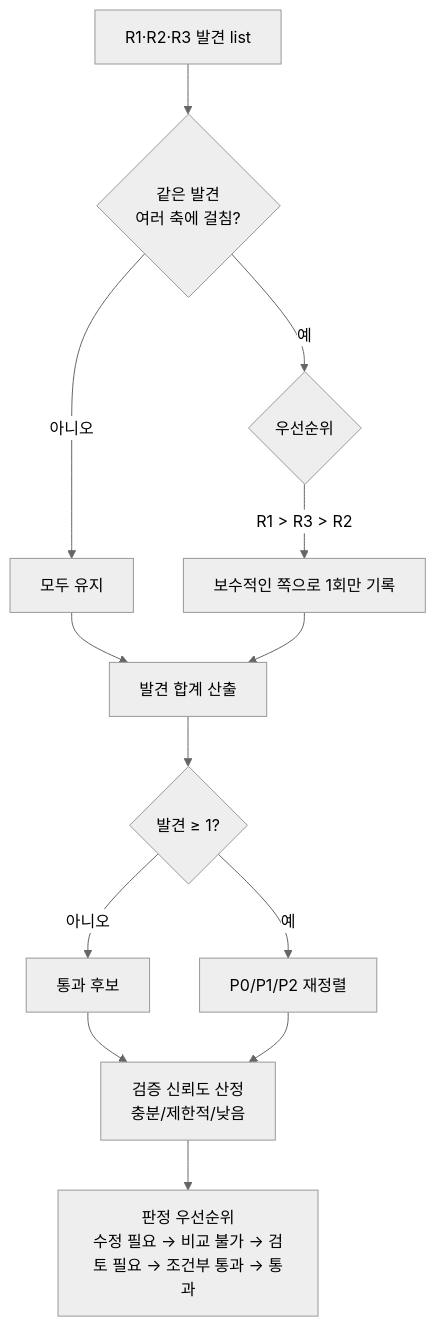
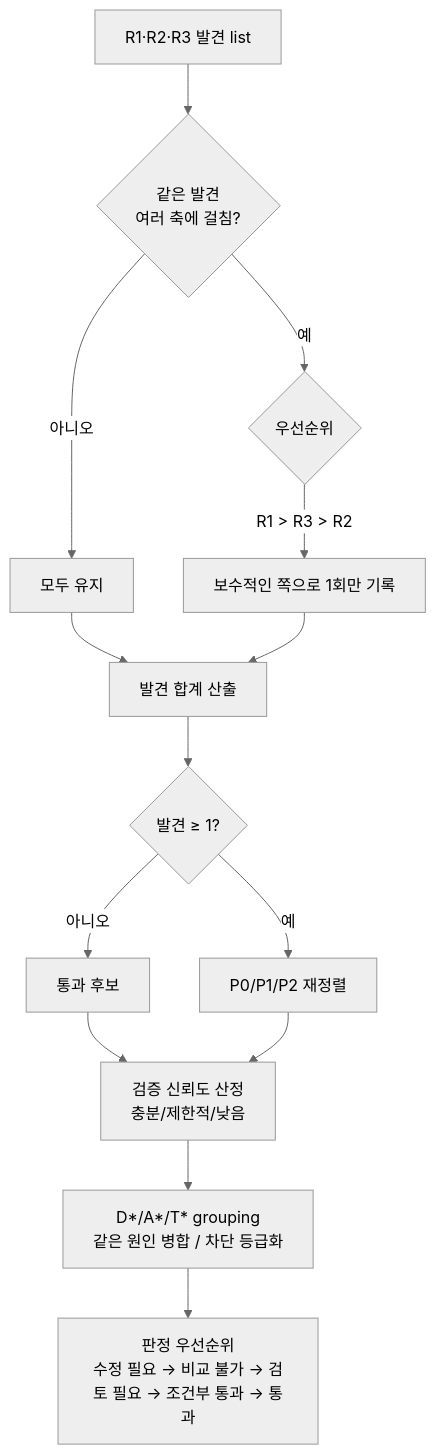
One commit to inkwonjung-colosseum/plugins changed the fifth of 8 diagrams in planning-kit/docs/planning-review-workflow.md. Above: the diagram before and after it, drawn with Mermaid (neutral theme). The commit also changed other lines of this file and 33 other files, not shown here.

````diff
--- a/planning-kit/docs/planning-review-workflow.md
+++ b/planning-kit/docs/planning-review-workflow.md
@@ -150,16 +150,17 @@
 ```mermaid
 flowchart TD
   ALL[R1·R2·R3 발견 list] --> DUP{같은 발견<br/>여러 축에 걸침?}
   DUP -->|예| PR{우선순위}
   DUP -->|아니오| KEEP[모두 유지]
 
   PR -->|R1 > R3 > R2| KEEP1[보수적인 쪽으로 1회만 기록]
   KEEP --> SUM[발견 합계 산출]
   KEEP1 --> SUM
   SUM --> RES{발견 ≥ 1?}
   RES -->|아니오| PASS[통과 후보]
   RES -->|예| FND[P0/P1/P2 재정렬]
   PASS --> V["검증 신뢰도 산정<br/>충분/제한적/낮음"]
   FND --> V
-  V --> J["판정 우선순위<br/>수정 필요 → 비교 불가 → 검토 필요 → 조건부 통과 → 통과"]
+  V --> G["D*/A*/T* grouping<br/>같은 원인 병합 / 차단 등급화"]
+  G --> J["판정 우선순위<br/>수정 필요 → 비교 불가 → 검토 필요 → 조건부 통과 → 통과"]
 ```
````
